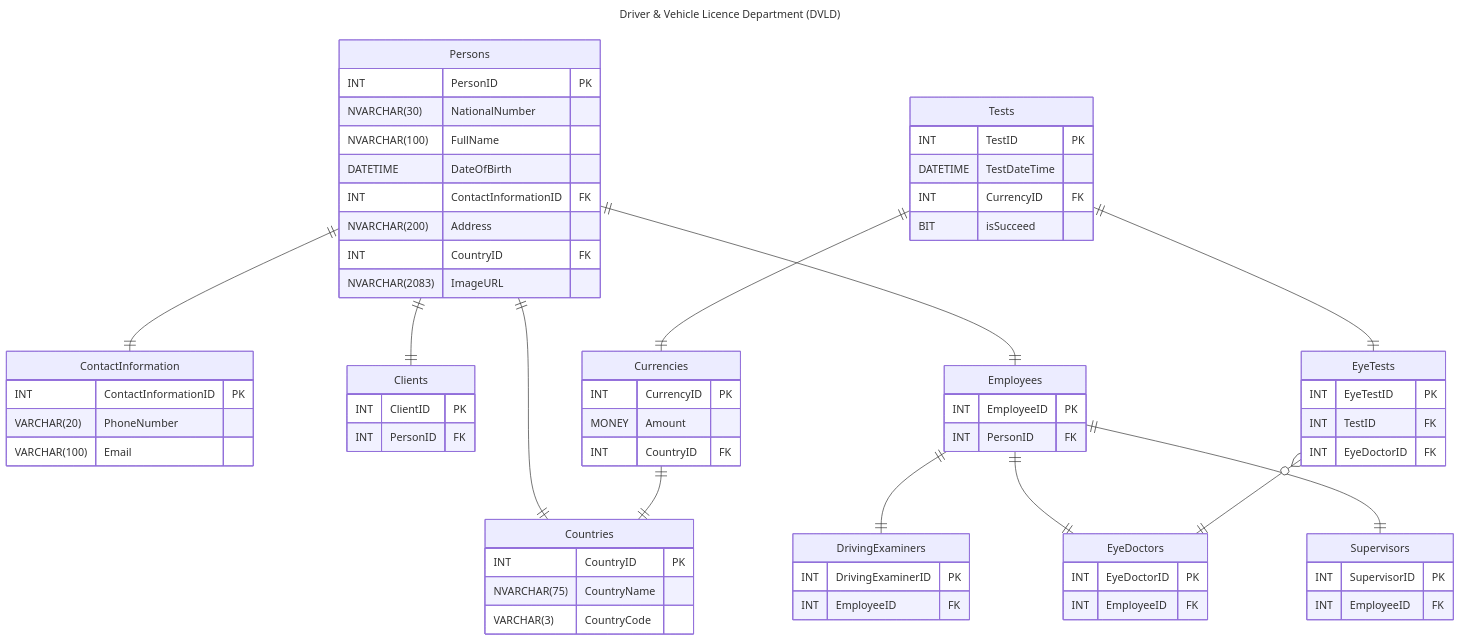
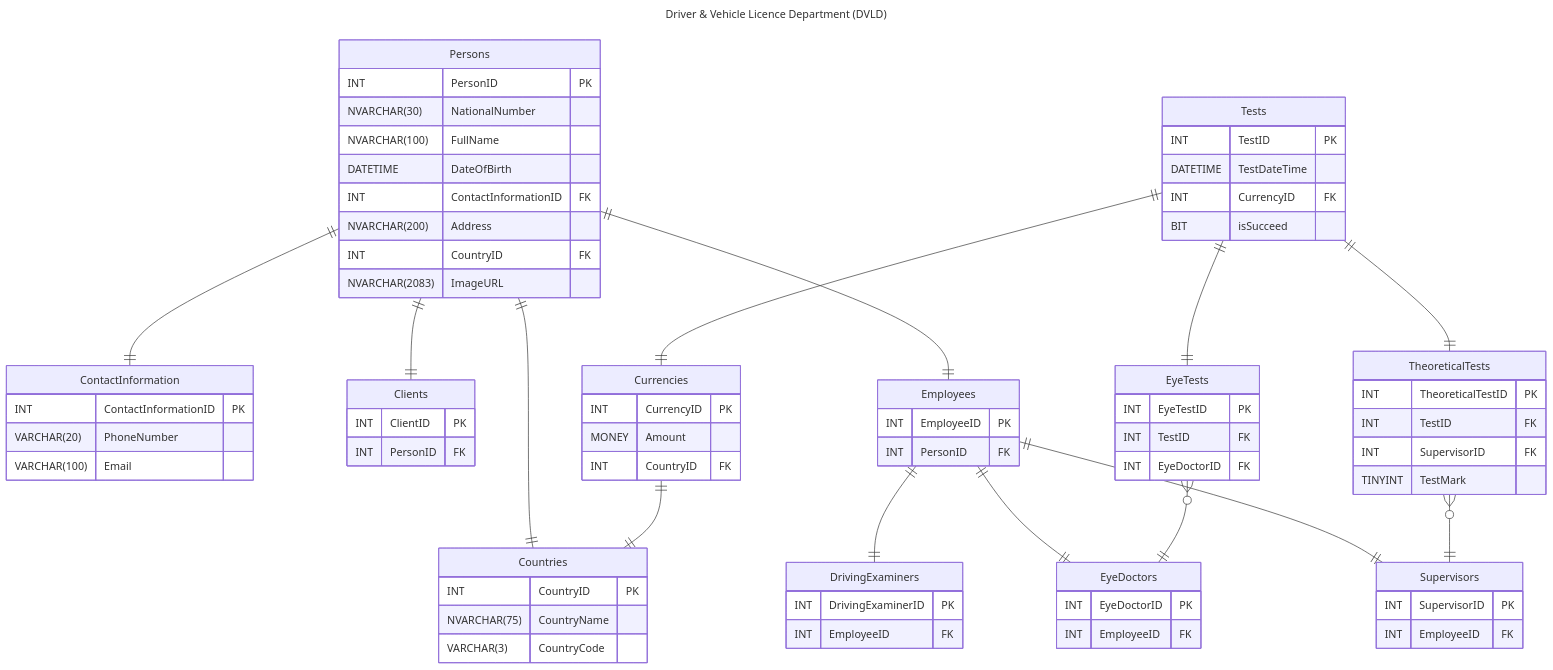
The diagram in RelationalSchema/DriverAndVehicleLicensingDepartment.mmd (M4MD24/Full-Real-Project-by-Programming-Advices), drawn with Mermaid before and after one commit.

Commit message:
Create (TheoreticalTests) Tables and Set Relationships

```diff
--- a/RelationalSchema/DriverAndVehicleLicensingDepartment.mmd
+++ b/RelationalSchema/DriverAndVehicleLicensingDepartment.mmd
@@ -1,72 +1,80 @@
 ---
 title: Driver & Vehicle Licence Department (DVLD)
 ---
 erDiagram
     Persons {
         INT PersonID PK
         NVARCHAR(30) NationalNumber
         NVARCHAR(100) FullName
         DATETIME DateOfBirth
         INT ContactInformationID FK
         NVARCHAR(200) Address
         INT CountryID FK
         NVARCHAR(2083) ImageURL
     }
     Countries {
         INT CountryID PK
         NVARCHAR(75) CountryName
         VARCHAR(3) CountryCode
     }
     ContactInformation {
         INT ContactInformationID PK
         VARCHAR(20) PhoneNumber
         VARCHAR(100) Email
     }
     Clients {
         INT ClientID PK
         INT PersonID FK
     }
     Employees {
         INT EmployeeID PK
         INT PersonID FK
     }
     DrivingExaminers {
         INT DrivingExaminerID PK
         INT EmployeeID FK
     }
     EyeDoctors {
         INT EyeDoctorID PK
         INT EmployeeID FK
     }
     Supervisors {
         INT SupervisorID PK
         INT EmployeeID FK
     }
     Currencies {
         INT CurrencyID PK
         MONEY Amount
         INT CountryID FK
     }
     Tests {
         INT TestID PK
         DATETIME TestDateTime
         INT CurrencyID FK
         BIT isSucceed
     }
     EyeTests {
         INT EyeTestID PK
         INT TestID FK
         INT EyeDoctorID FK
     }
+    TheoreticalTests {
+        INT TheoreticalTestID PK
+        INT TestID FK
+        INT SupervisorID FK
+        TINYINT TestMark
+    }
 
     Persons ||--|| Countries: ""
     Persons ||--|| ContactInformation: ""
     Persons ||--|| Clients: ""
     Persons ||--|| Employees: ""
     Employees ||--|| DrivingExaminers: ""
     Employees ||--|| EyeDoctors: ""
     Employees ||--|| Supervisors: ""
     Tests ||--|| Currencies: ""
     Currencies ||--|| Countries: ""
     Tests ||--|| EyeTests: ""
     EyeTests }o--|| EyeDoctors: ""
+    Tests ||--|| TheoreticalTests: ""
+    TheoreticalTests }o--|| Supervisors: ""
```
